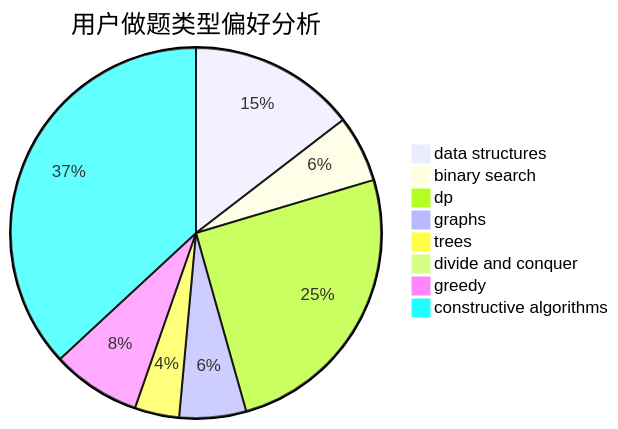
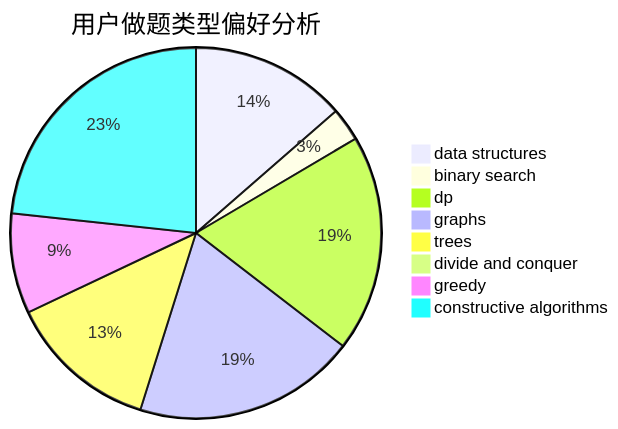
Before and after one commit to sherpahu/cfrs.github.io: the second of 3 diagrams in docs/user/u1101.md, drawn with Mermaid. The commit also changed other lines of this file and 2770 other files, not shown here.

````diff
--- a/docs/user/u1101.md
+++ b/docs/user/u1101.md
@@ -23,11 +23,11 @@
 ```mermaid
 pie title 用户做题类型偏好分析
-    "data structures" :  15
+    "data structures" :  28
     "binary search" :  6
-    "dp" :  26
-    "graphs" :  6
-    "trees" :  4
+    "dp" :  39
+    "graphs" :  40
+    "trees" :  27
     "divide and conquer" :  0
-    "greedy" :  8
-    "constructive algorithms" :  38
+    "greedy" :  18
+    "constructive algorithms" :  48
 ```
````
